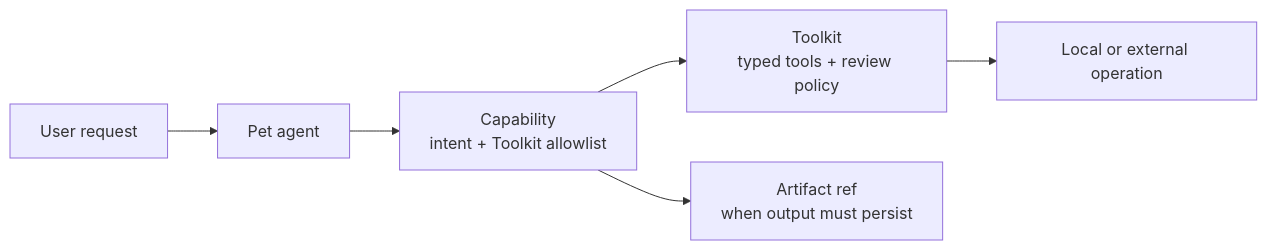
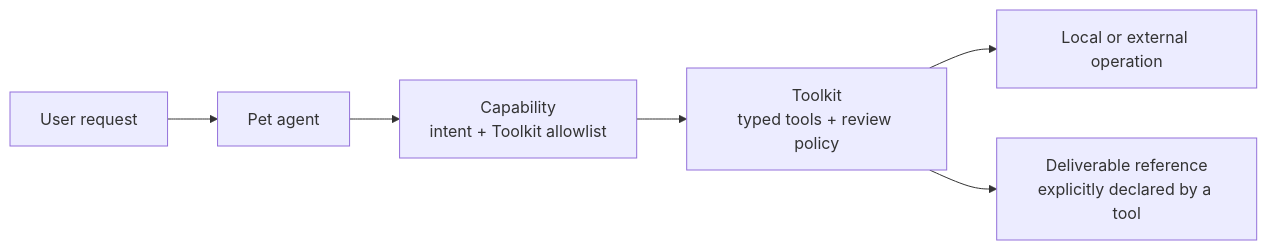
The diagram in docs/concepts/core-concepts.md (pinpawo/pinpawo-agent), drawn with Mermaid before and after one commit. The commit also changed other lines of this file and 157 other files, not shown here.

````diff
--- a/docs/concepts/core-concepts.md
+++ b/docs/concepts/core-concepts.md
@@ -65,8 +65,8 @@
 ```mermaid
 flowchart LR
   R["User request"] --> P["Pet agent"]
   P --> C["Capability\nintent + Toolkit allowlist"]
   C --> T["Toolkit\ntyped tools + review policy"]
   T --> O["Local or external operation"]
-  C --> A["Artifact ref\nwhen output must persist"]
+  T --> A["Deliverable reference\nexplicitly declared by a tool"]
 ```
````
